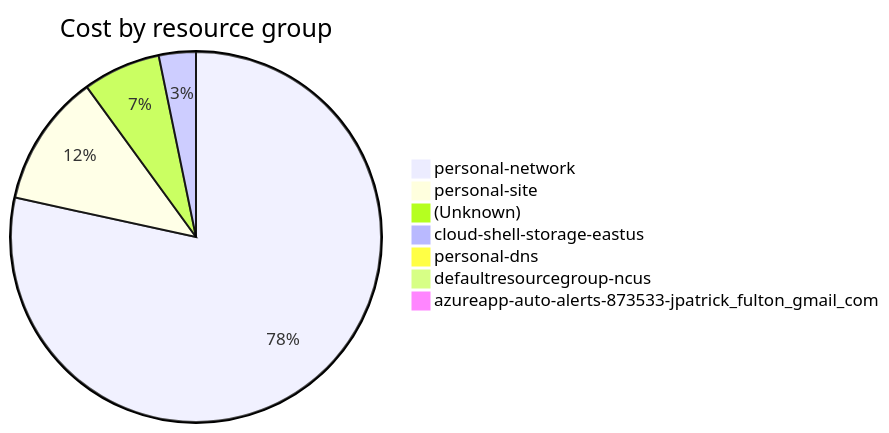
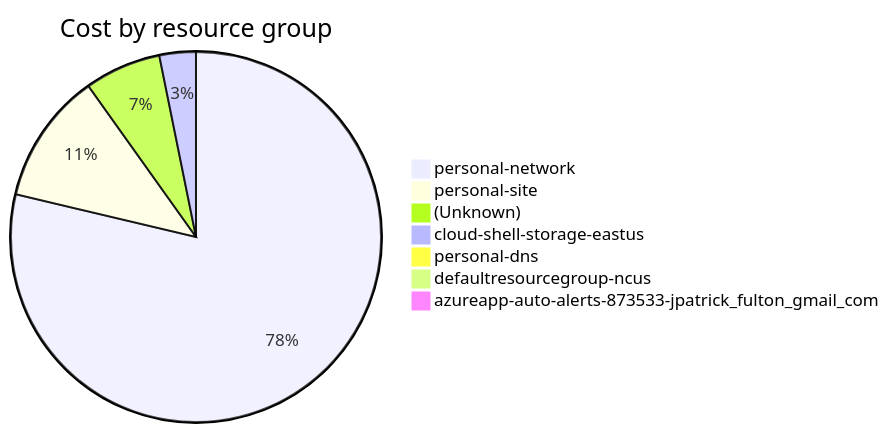
The fourth of 4 diagrams in cost-reports/accumulated-cost.md (jpfulton/azure-personal-reports), drawn with Mermaid before and after one commit. The commit also changed other lines of this file and 3 other files, not shown here.

````diff
--- a/cost-reports/accumulated-cost.md
+++ b/cost-reports/accumulated-cost.md
@@ -159,11 +159,11 @@
 ```mermaid
 pie
    title Cost by resource group
-   "personal-network" : 134.70
-   "personal-site" : 19.87
+   "personal-network" : 137.36
+   "personal-site" : 19.97
    "(Unknown)" : 11.65
    "cloud-shell-storage-eastus" : 5.55
    "personal-dns" : 0.50
    "defaultresourcegroup-ncus" : 0.00
    "azureapp-auto-alerts-873533-jpatrick_fulton_gmail_com" : 0.00
 ```
````
